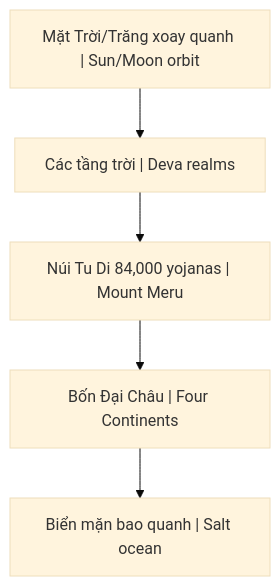
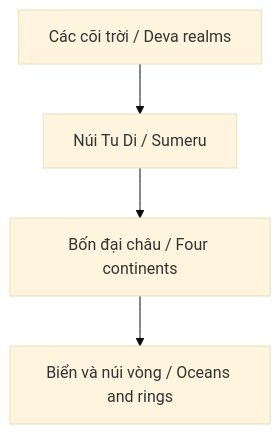
The diagram in esoterica/Núi Tu Di.md (dyukahi/knowledge), drawn with Mermaid (base theme) before and after one commit. The commit also changed other lines of this file and 3 other files, not shown here.

````diff
--- a/esoterica/Núi Tu Di.md
+++ b/esoterica/Núi Tu Di.md
@@ -23,10 +44,8 @@
 ```mermaid
 flowchart TB
-    Sun["Mặt Trời/Trăng xoay quanh | Sun/Moon orbit"]
-    Devas["Các tầng trời | Deva realms"]
-    Meru["Núi Tu Di 84,000 yojanas | Mount Meru"]
-    Continents["Bốn Đại Châu | Four Continents"]
-    Ocean["Biển mặn bao quanh | Salt ocean"]
-    
-    Sun --> Devas --> Meru --> Continents --> Ocean
+    H["Các cõi trời / Deva realms"]
+    M["Núi Tu Di / Sumeru"]
+    C["Bốn đại châu / Four continents"]
+    O["Biển và núi vòng / Oceans and rings"]
+    H --> M --> C --> O
 ```
````
